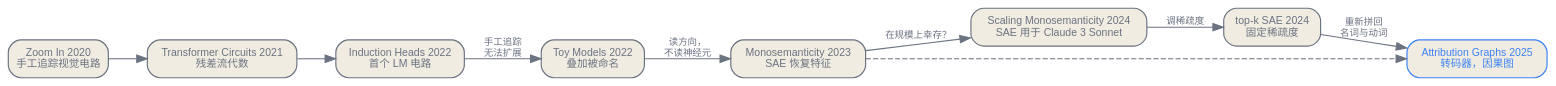
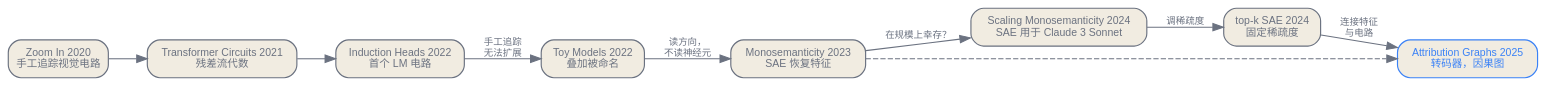
One commit to latere-ai/ai-as-an-infrastructure changed the second of 2 diagrams in zh/safety/01-mechanistic-interpretability.qmd. Above: the diagram before and after it, drawn with Graphviz. The commit also changed other lines of this file and 8 other files, not shown here.

````diff
--- a/zh/safety/01-mechanistic-interpretability.qmd
+++ b/zh/safety/01-mechanistic-interpretability.qmd
@@ -129,27 +129,27 @@
 ```{dot}
 //| label: fig-interpretability-lineage
-//| fig-cap: "机械可解释性的谱系，从手工追踪的电路，经学习出的特征，到因果归因图。每个箭头标出逼出下一步的那个极限。"
+//| fig-cap: "机械可解释性的路线，从手工追踪的电路，经学习出的特征，到因果归因图。每个箭头标出逼出下一步的那个极限。"
 digraph lineage {
   rankdir=LR;
   bgcolor="transparent";
   node [shape=box, style="rounded,filled", fontname="Helvetica", fontsize=10, color="#6b7280", fontcolor="#6b7280", fillcolor="#f1ece1", penwidth=1.1];
   edge [fontname="Helvetica", fontsize=9, color="#6b7280", fontcolor="#6b7280"];
 
   zoomin [label="Zoom In 2020\n手工追踪视觉电路"];
   framework [label="Transformer Circuits 2021\n残差流代数"];
   induction [label="Induction Heads 2022\n首个 LM 电路"];
   toymodels [label="Toy Models 2022\n叠加被命名"];
   sae [label="Monosemanticity 2023\nSAE 恢复特征"];
   scaling [label="Scaling Monosemanticity 2024\nSAE 用于 Claude 3 Sonnet"];
   topk [label="top-k SAE 2024\n固定稀疏度"];
   attrib [label="Attribution Graphs 2025\n转码器，因果图", color="#3b82f6", fontcolor="#3b82f6"];
 
   zoomin -> framework -> induction;
   induction -> toymodels [label="手工追踪\n无法扩展"];
   toymodels -> sae [label="读方向，\n不读神经元"];
   sae -> scaling [label="在规模上幸存？"];
   scaling -> topk [label="调稀疏度"];
-  topk -> attrib [label="重新拼回\n名词与动词"];
+  topk -> attrib [label="连接特征\n与电路"];
   sae -> attrib [style=dashed];
 }
 ```
````
